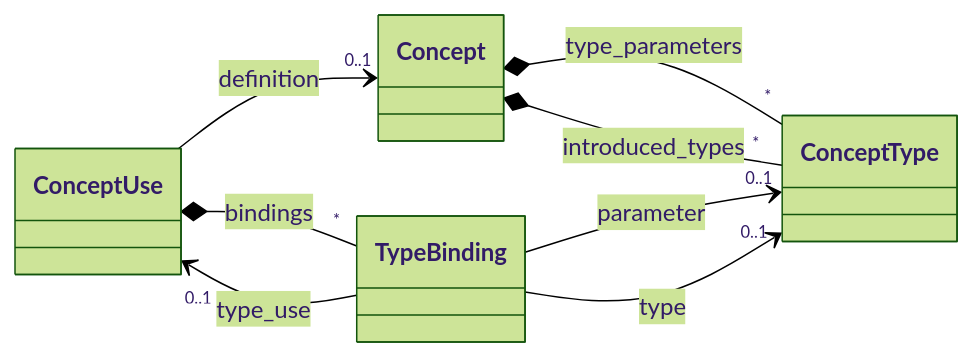
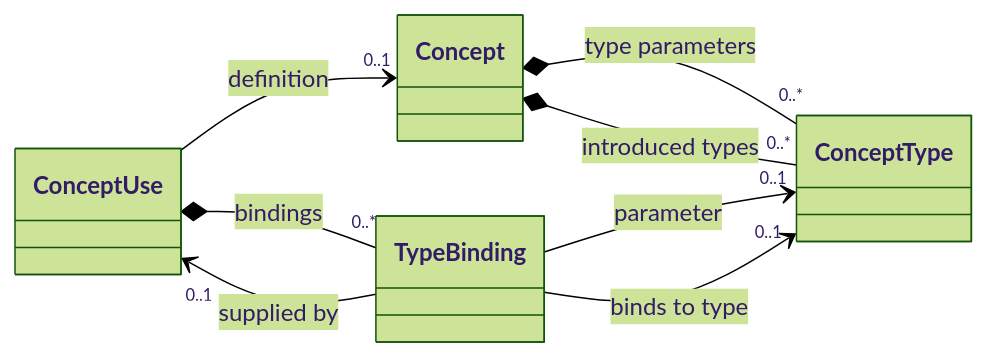
One commit to craigsmitham/dotspec changed the sixth of 11 diagrams in docs/reference/model/core.md. Above: the diagram before and after it, drawn with Mermaid (forest theme). The commit also changed other lines of this file and 110 other files, not shown here.

````diff
--- a/docs/reference/model/core.md
+++ b/docs/reference/model/core.md
@@ -103,15 +136,15 @@
 ```mermaid
 classDiagram
     direction LR
     class ConceptUse
     class Concept
     class ConceptType
     class TypeBinding
     ConceptUse --> "0..1" Concept : definition
-    ConceptUse *-- "*" TypeBinding : bindings
-    Concept *-- "*" ConceptType : type_parameters
-    Concept *-- "*" ConceptType : introduced_types
+    ConceptUse *-- "0..*" TypeBinding : bindings
+    Concept *-- "0..*" ConceptType : type parameters
+    Concept *-- "0..*" ConceptType : introduced types
     TypeBinding --> "0..1" ConceptType : parameter
-    TypeBinding --> "0..1" ConceptType : type
-    TypeBinding --> "0..1" ConceptUse : type_use
+    TypeBinding --> "0..1" ConceptType : binds to type
+    TypeBinding --> "0..1" ConceptUse : supplied by
 ```
````
